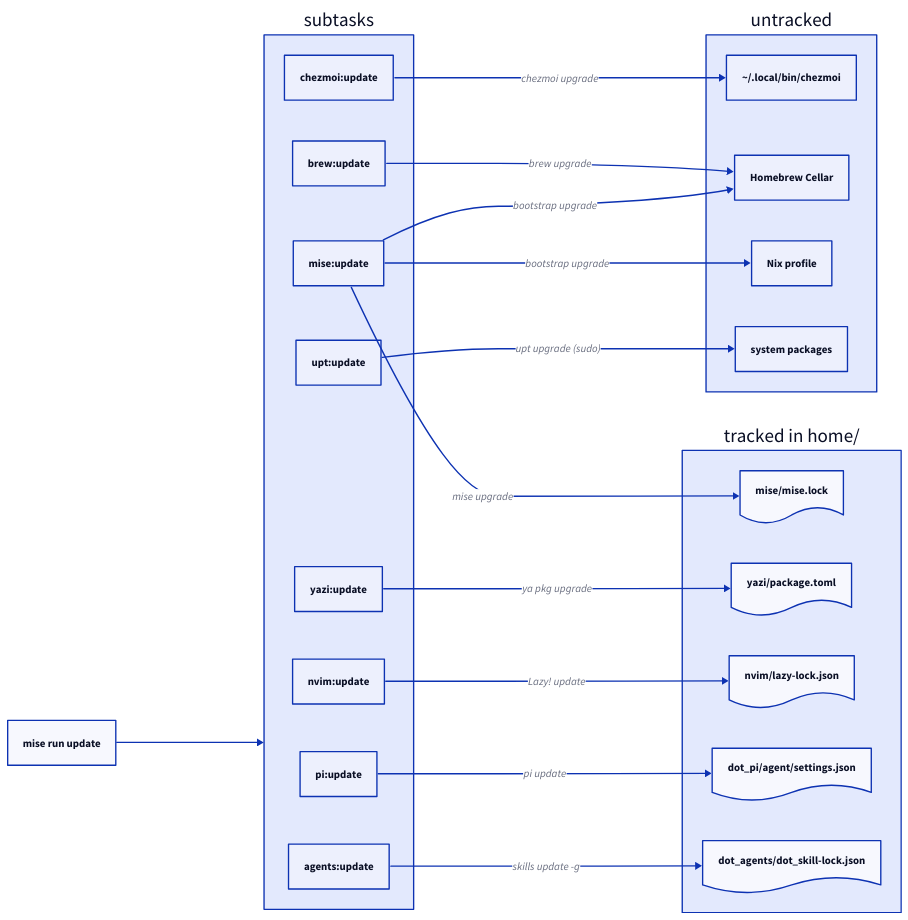
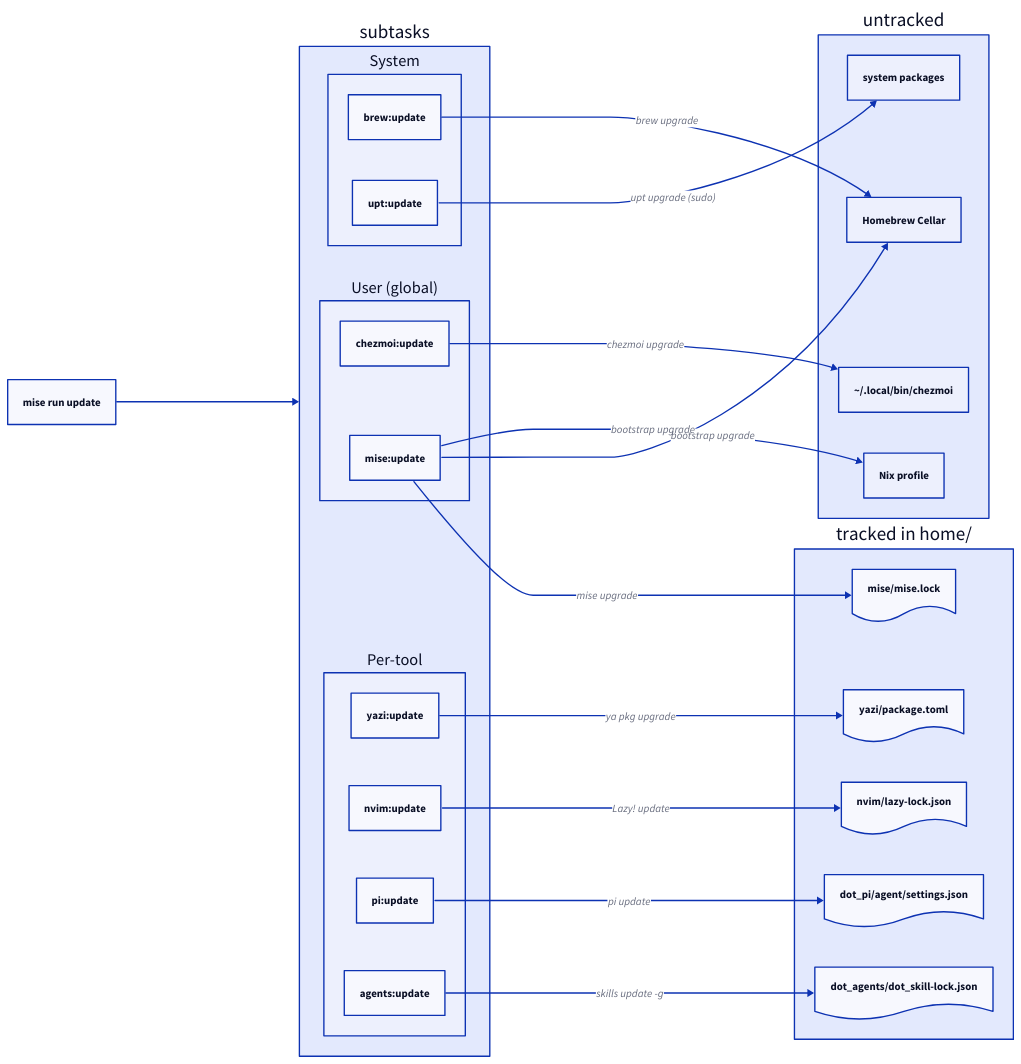
One commit to german-molins/dotfiles changed the second of 2 diagrams in docs/package_managers.md. Above: the diagram before and after it, drawn with D2. The commit also changed other lines of this file, not shown here.

First line of the commit message:
docs(package-managers): classify managers as system, user and per-tool

````diff
--- a/docs/package_managers.md
+++ b/docs/package_managers.md
@@ -72,43 +91,49 @@
 ```d2
 direction: right
 
 update: mise run update
 
 tasks: subtasks {
-  chezmoi: chezmoi:update
-  mise: mise:update
-  yazi: yazi:update
-  nvim: nvim:update
-  pi: pi:update
-  brew: brew:update
-  upt: upt:update
-  agents: agents:update
+  system: System {
+    brew: brew:update
+    upt: upt:update
+  }
+  user: User (global) {
+    chezmoi: chezmoi:update
+    mise: mise:update
+  }
+  pertool: Per-tool {
+    yazi: yazi:update
+    nvim: nvim:update
+    pi: pi:update
+    agents: agents:update
+  }
 }
 
 tracked: tracked in home/ {
   lock: mise/mise.lock {shape: document}
   yazi: yazi/package.toml {shape: document}
   nvim: nvim/lazy-lock.json {shape: document}
   pi: dot_pi/agent/settings.json {shape: document}
   skills: dot_agents/dot_skill-lock.json {shape: document}
 }
 
 untracked: untracked {
   chezmoi: "~/.local/bin/chezmoi"
   cellar: Homebrew Cellar
   nix: Nix profile
   apt: system packages
 }
 
 update -> tasks
-tasks.chezmoi -> untracked.chezmoi: chezmoi upgrade
-tasks.mise -> tracked.lock: mise upgrade
-tasks.mise -> untracked.cellar: bootstrap upgrade
-tasks.mise -> untracked.nix: bootstrap upgrade
-tasks.yazi -> tracked.yazi: ya pkg upgrade
-tasks.nvim -> tracked.nvim: "Lazy! update"
-tasks.pi -> tracked.pi: pi update
-tasks.brew -> untracked.cellar: brew upgrade
-tasks.upt -> untracked.apt: "upt upgrade (sudo)"
-tasks.agents -> tracked.skills: "skills update -g"
+tasks.user.chezmoi -> untracked.chezmoi: chezmoi upgrade
+tasks.user.mise -> tracked.lock: mise upgrade
+tasks.user.mise -> untracked.cellar: bootstrap upgrade
+tasks.user.mise -> untracked.nix: bootstrap upgrade
+tasks.pertool.yazi -> tracked.yazi: ya pkg upgrade
+tasks.pertool.nvim -> tracked.nvim: "Lazy! update"
+tasks.pertool.pi -> tracked.pi: pi update
+tasks.system.brew -> untracked.cellar: brew upgrade
+tasks.system.upt -> untracked.apt: "upt upgrade (sudo)"
+tasks.pertool.agents -> tracked.skills: "skills update -g"
 ```
````
